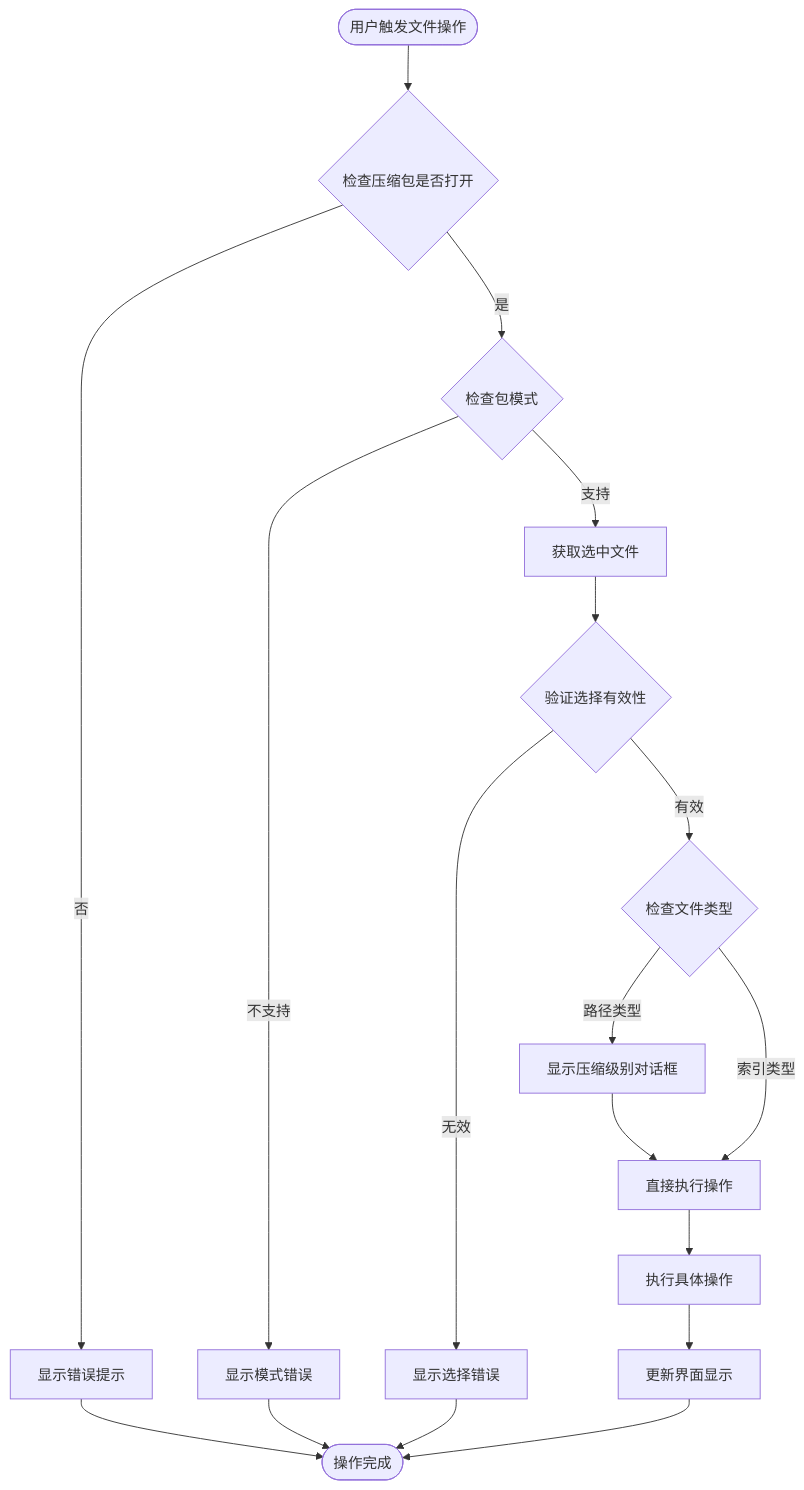
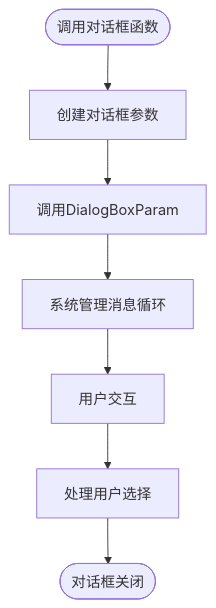
The fifth of 15 diagrams in .qoder/repowiki/zh/content/开发者指南/xpkgui 图形界面工具.md (xywhsoft/xpack), drawn with Mermaid before and after one commit. The commit also changed other lines of this file and 14 other files, not shown here.

````diff
--- a/.qoder/repowiki/zh/content/开发者指南/xpkgui 图形界面工具.md
+++ b/.qoder/repowiki/zh/content/开发者指南/xpkgui 图形界面工具.md
@@ -276,20 +318,9 @@
 ```mermaid
 flowchart TD
-Start([用户触发文件操作]) --> CheckOpen{检查压缩包是否打开}
-CheckOpen --> |否| ShowError1[显示错误提示]
-CheckOpen --> |是| CheckMode{检查包模式}
-CheckMode --> |不支持| ShowError2[显示模式错误]
-CheckMode --> |支持| GetSelection[获取选中文件]
-GetSelection --> ValidateSel{验证选择有效性}
-ValidateSel --> |无效| ShowError3[显示选择错误]
-ValidateSel --> |有效| CheckType{检查文件类型}
-CheckType --> |路径类型| LevelDialog[显示压缩级别对话框]
-CheckType --> |索引类型| DirectOp[直接执行操作]
-LevelDialog --> DirectOp
-DirectOp --> PerformOp[执行具体操作]
-PerformOp --> UpdateUI[更新界面显示]
-UpdateUI --> End([操作完成])
-ShowError1 --> End
-ShowError2 --> End
-ShowError3 --> End
+Start([调用对话框函数]) --> CreateParams[创建对话框参数]
+CreateParams --> CallAPI[调用DialogBoxParam]
+CallAPI --> SystemLoop[系统管理消息循环]
+SystemLoop --> UserInteraction[用户交互]
+UserInteraction --> ProcessResult[处理用户选择]
+ProcessResult --> End([对话框关闭])
 ```
````
